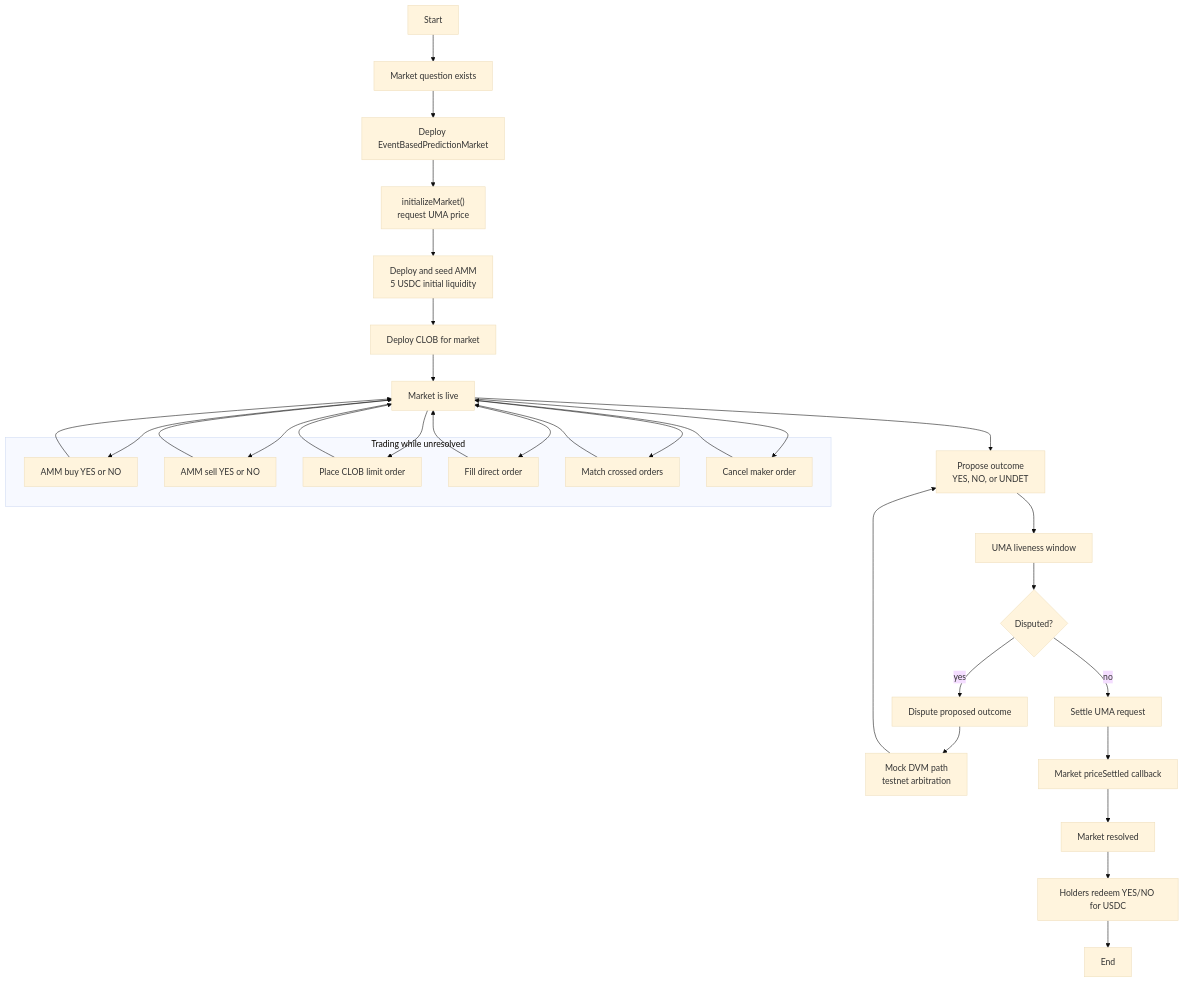
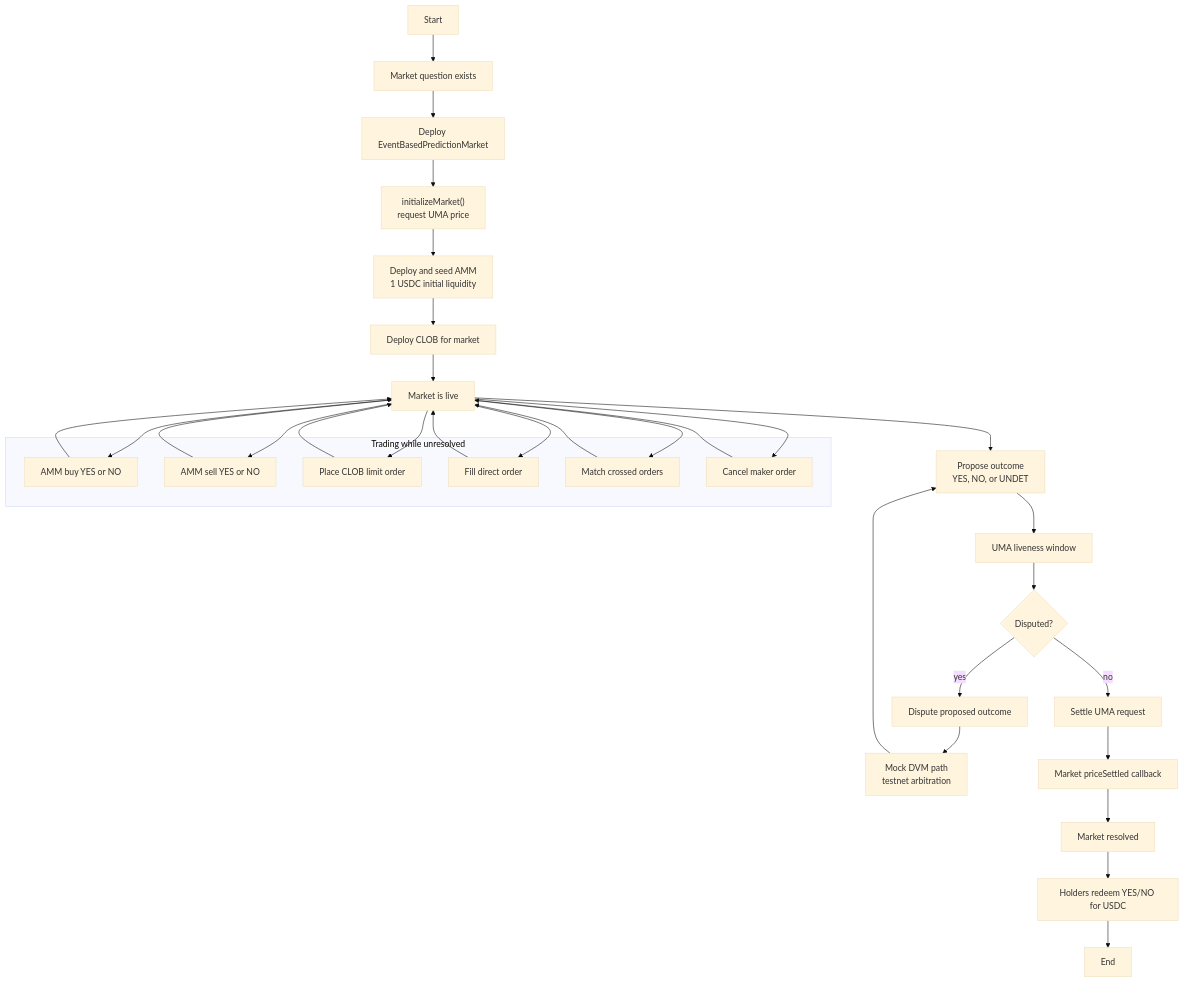
The first of 7 diagrams in docs/prediction-market-flow-ascii-mermaid.md (Kirashchuk/Predict-Edge), drawn with Mermaid (base theme) before and after one commit. The commit also changed other lines of this file and 50 other files, not shown here.

````diff
--- a/docs/prediction-market-flow-ascii-mermaid.md
+++ b/docs/prediction-market-flow-ascii-mermaid.md
@@ -7,62 +7,62 @@
 ```mermaid
 flowchart TB
     Start["Start"]
     Question["Market question exists"]
     Deploy["Deploy EventBasedPredictionMarket"]
     Init["initializeMarket()<br/>request UMA price"]
-    Seed["Deploy and seed AMM<br/>5 USDC initial liquidity"]
+    Seed["Deploy and seed AMM<br/>1 USDC initial liquidity"]
     DeployCLOB["Deploy CLOB for market"]
     Live["Market is live"]
 
     subgraph Trading["Trading while unresolved"]
         AMMBuy["AMM buy YES or NO"]
         AMMSell["AMM sell YES or NO"]
         PlaceLimit["Place CLOB limit order"]
         FillLimit["Fill direct order"]
         MatchLimit["Match crossed orders"]
         CancelLimit["Cancel maker order"]
     end
 
     Propose["Propose outcome<br/>YES, NO, or UNDET"]
     Liveness["UMA liveness window"]
     DisputeCheck{"Disputed?"}
     Dispute["Dispute proposed outcome"]
     MockDvm["Mock DVM path<br/>testnet arbitration"]
     SettleOracle["Settle UMA request"]
     Callback["Market priceSettled callback"]
     Resolved["Market resolved"]
     Redeem["Holders redeem YES/NO for USDC"]
     End["End"]
 
     Start --> Question
     Question --> Deploy
     Deploy --> Init
     Init --> Seed
     Seed --> DeployCLOB
     DeployCLOB --> Live
 
     Live --> AMMBuy
     Live --> AMMSell
     Live --> PlaceLimit
     Live --> FillLimit
     Live --> MatchLimit
     Live --> CancelLimit
     AMMBuy --> Live
     AMMSell --> Live
     PlaceLimit --> Live
     FillLimit --> Live
     MatchLimit --> Live
     CancelLimit --> Live
 
     Live --> Propose
     Propose --> Liveness
     Liveness --> DisputeCheck
     DisputeCheck -->|no| SettleOracle
     DisputeCheck -->|yes| Dispute
     Dispute --> MockDvm
     MockDvm --> Propose
     SettleOracle --> Callback
     Callback --> Resolved
     Resolved --> Redeem
     Redeem --> End
 ```
````
